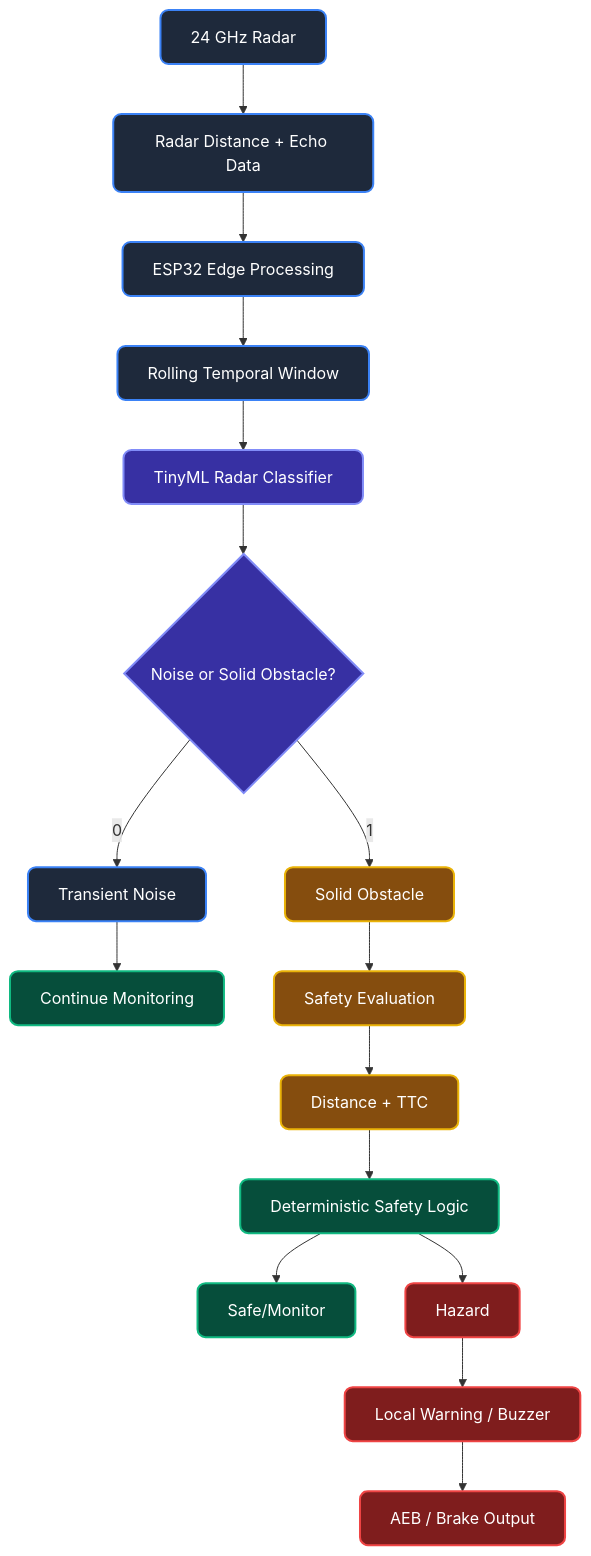
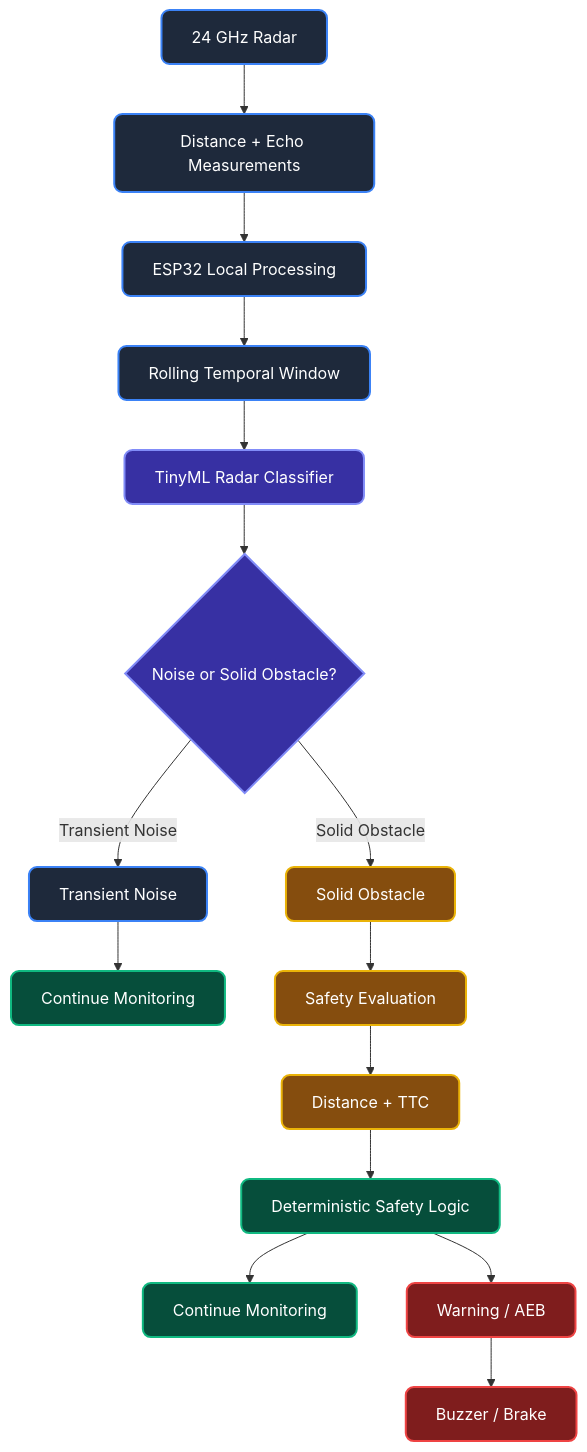
The second of 3 diagrams in AI_ML Integration/README.md (manasir747/Brainworks), drawn with Mermaid before and after one commit. The commit also changed other lines of this file, not shown here.

Commit message:
docs: expand README to include Cloud AI predictive hazard mapping architecture and workflows

````diff
--- a/AI_ML Integration/README.md
+++ b/AI_ML Integration/README.md
@@ -7,30 +50,28 @@
 ```mermaid
 flowchart TD
     classDef normal fill:#1e293b,stroke:#3b82f6,stroke-width:2px,color:#fff,rx:8px,ry:8px;
     classDef warning fill:#854d0e,stroke:#eab308,stroke-width:2px,color:#fff,rx:8px,ry:8px;
     classDef danger fill:#7f1d1d,stroke:#ef4444,stroke-width:2px,color:#fff,rx:8px,ry:8px;
     classDef ai fill:#3730a3,stroke:#818cf8,stroke-width:2px,color:#fff,rx:8px,ry:8px;
     classDef logic fill:#064e3b,stroke:#10b981,stroke-width:2px,color:#fff,rx:8px,ry:8px;
 
-    R[24 GHz Radar]:::normal --> DATA[Radar Distance + Echo Data]:::normal
-    DATA --> ESP32[ESP32 Edge Processing]:::normal
-    ESP32 --> RW[Rolling Temporal Window]:::normal
-    RW --> TML[TinyML Radar Classifier]:::ai
+    R[24 GHz Radar]:::normal --> MEAS[Distance + Echo Measurements]:::normal
+    MEAS --> ESP32[ESP32 Local Processing]:::normal
+    ESP32 --> TW[Rolling Temporal Window]:::normal
+    TW --> TML[TinyML Radar Classifier]:::ai
     
     TML --> CLASS{"Noise or Solid Obstacle?"}:::ai
     
-    CLASS -->|0| NOISE[Transient Noise]:::normal
-    CLASS -->|1| SOLID[Solid Obstacle]:::warning
+    CLASS -->|Transient Noise| NOISE[Transient Noise]:::normal
+    CLASS -->|Solid Obstacle| SOLID[Solid Obstacle]:::warning
     
     NOISE --> CM[Continue Monitoring]:::logic
     
     SOLID --> EVAL[Safety Evaluation]:::warning
     EVAL --> TTC[Distance + TTC]:::warning
     TTC --> DET[Deterministic Safety Logic]:::logic
     
-    DET --> SAFE[Safe/Monitor]:::logic
-    DET --> HAZ[Hazard]:::danger
-    
-    HAZ --> WARN[Local Warning / Buzzer]:::danger
-    WARN --> AEB[AEB / Brake Output]:::danger
+    DET --> CM2[Continue Monitoring]:::logic
+    DET --> HAZ[Warning / AEB]:::danger
+    HAZ --> WARN[Buzzer / Brake]:::danger
 ```
````
